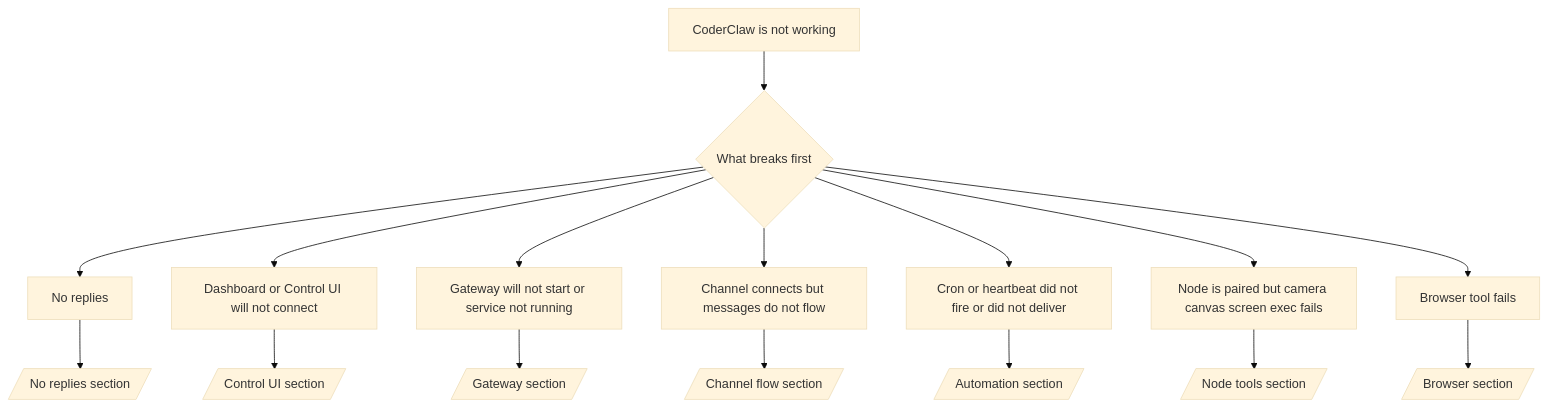
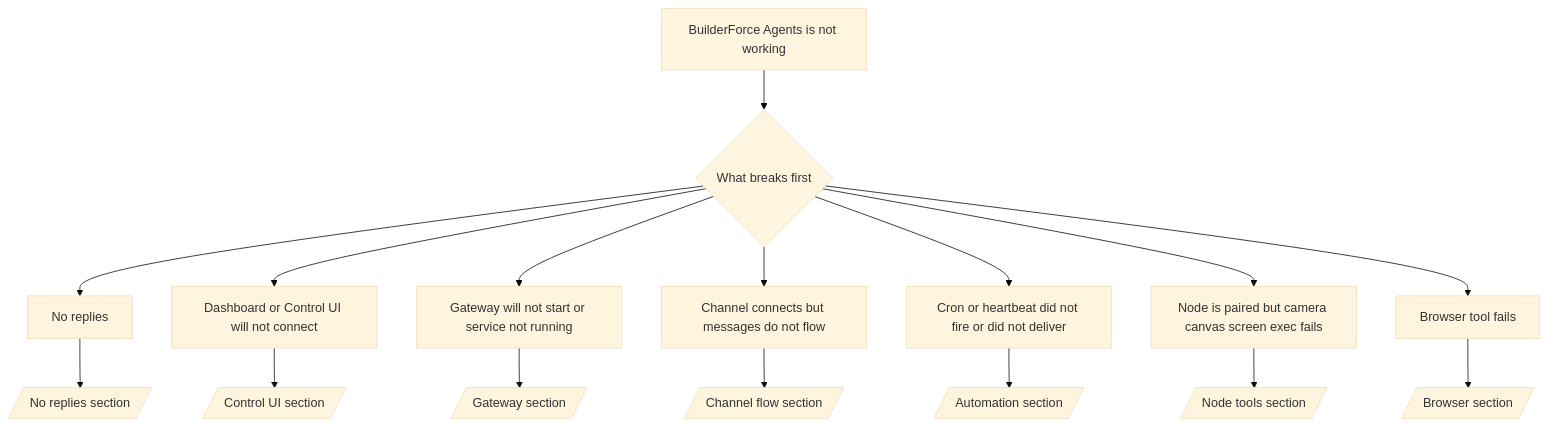
The diagram in docs-site/src/content/docs/help/troubleshooting.md (SeanHogg/Builderforce.ai), drawn with Mermaid (base theme) before and after one commit. The commit also changed other lines of this file and 5470 other files, not shown here.

````diff
--- a/docs-site/src/content/docs/help/troubleshooting.md
+++ b/docs-site/src/content/docs/help/troubleshooting.md
@@ -39,19 +39,19 @@
 ```mermaid
 flowchart TD
-  A[CoderClaw is not working] --> B{What breaks first}
+  A[BuilderForce Agents is not working] --> B{What breaks first}
   B --> C[No replies]
   B --> D[Dashboard or Control UI will not connect]
   B --> E[Gateway will not start or service not running]
   B --> F[Channel connects but messages do not flow]
   B --> G[Cron or heartbeat did not fire or did not deliver]
   B --> H[Node is paired but camera canvas screen exec fails]
   B --> I[Browser tool fails]
 
   C --> C1[/No replies section/]
   D --> D1[/Control UI section/]
   E --> E1[/Gateway section/]
   F --> F1[/Channel flow section/]
   G --> G1[/Automation section/]
   H --> H1[/Node tools section/]
   I --> I1[/Browser section/]
 ```
````
